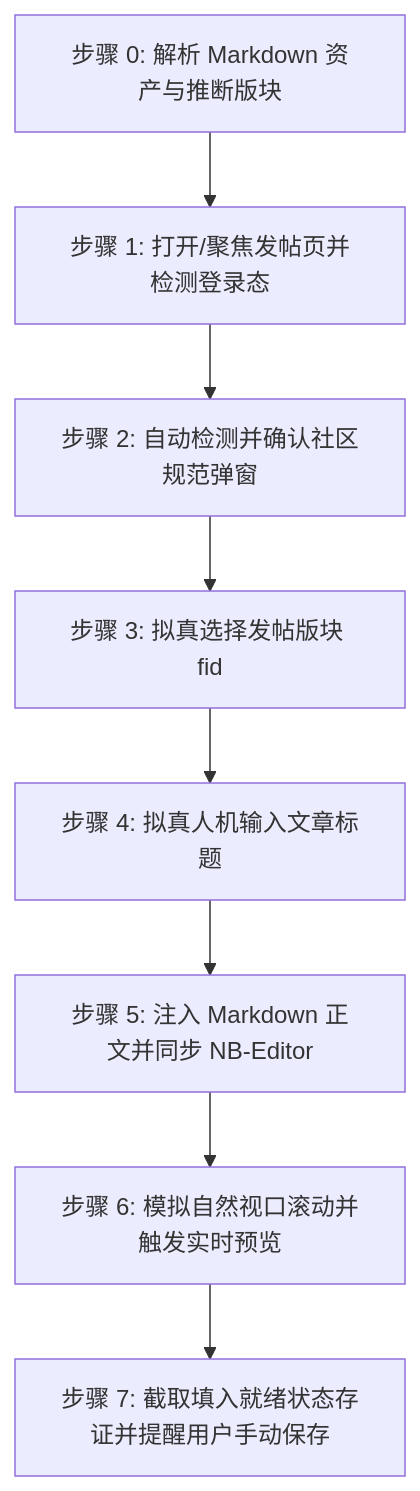
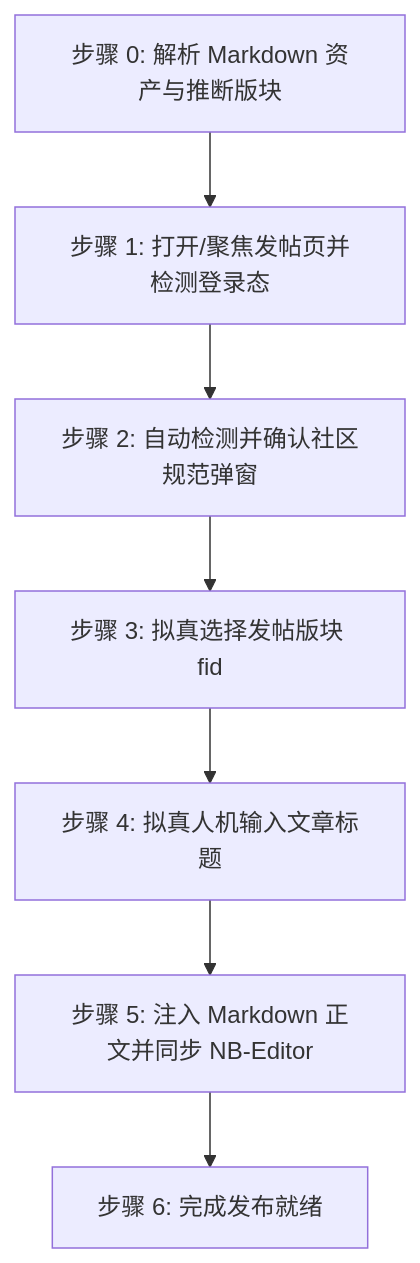
Before and after one commit to undsky/doudou-publish-skills: the diagram in skills/doudou-linuxsb/SKILL.md, drawn with Mermaid. The commit also changed other lines of this file and 57 other files, not shown here.

````diff
--- a/skills/doudou-linuxsb/SKILL.md
+++ b/skills/doudou-linuxsb/SKILL.md
@@ -147,10 +34,9 @@
 ```mermaid
 flowchart TD
     S0[步骤 0: 解析 Markdown 资产与推断版块] --> S1[步骤 1: 打开/聚焦发帖页并检测登录态]
     S1 --> S2[步骤 2: 自动检测并确认社区规范弹窗]
     S2 --> S3[步骤 3: 拟真选择发帖版块 fid]
     S3 --> S4[步骤 4: 拟真人机输入文章标题]
     S4 --> S5[步骤 5: 注入 Markdown 正文并同步 NB-Editor]
-    S5 --> S6[步骤 6: 模拟自然视口滚动并触发实时预览]
-    S6 --> S7[步骤 7: 截取填入就绪状态存证并提醒用户手动保存]
+    S5 --> S6[步骤 6: 完成发布就绪]
 ```
````
